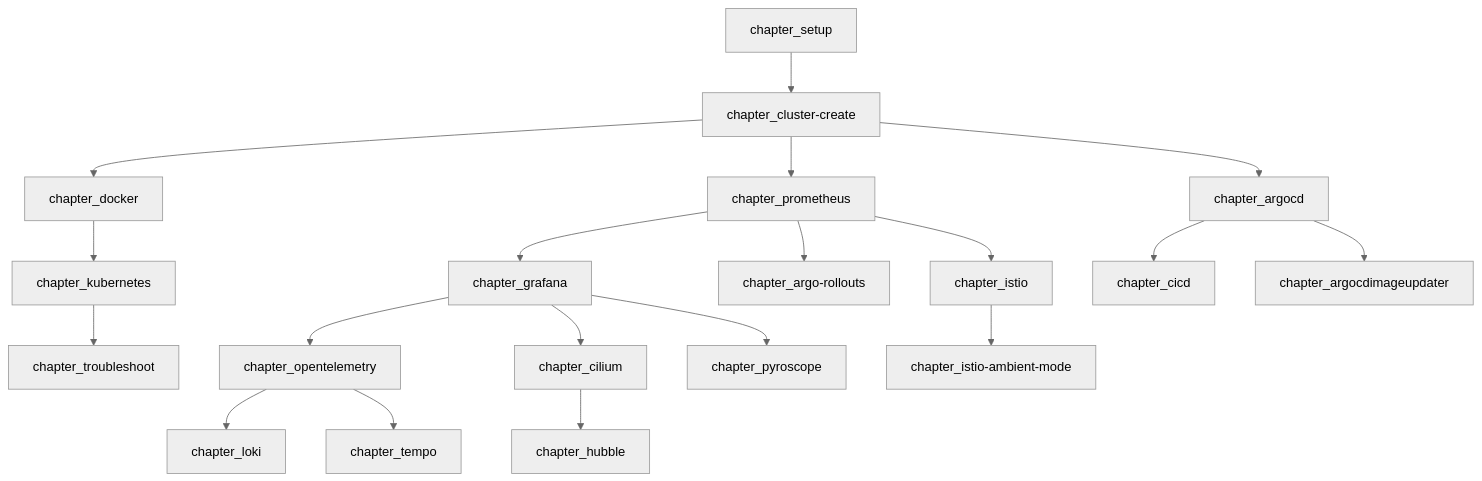
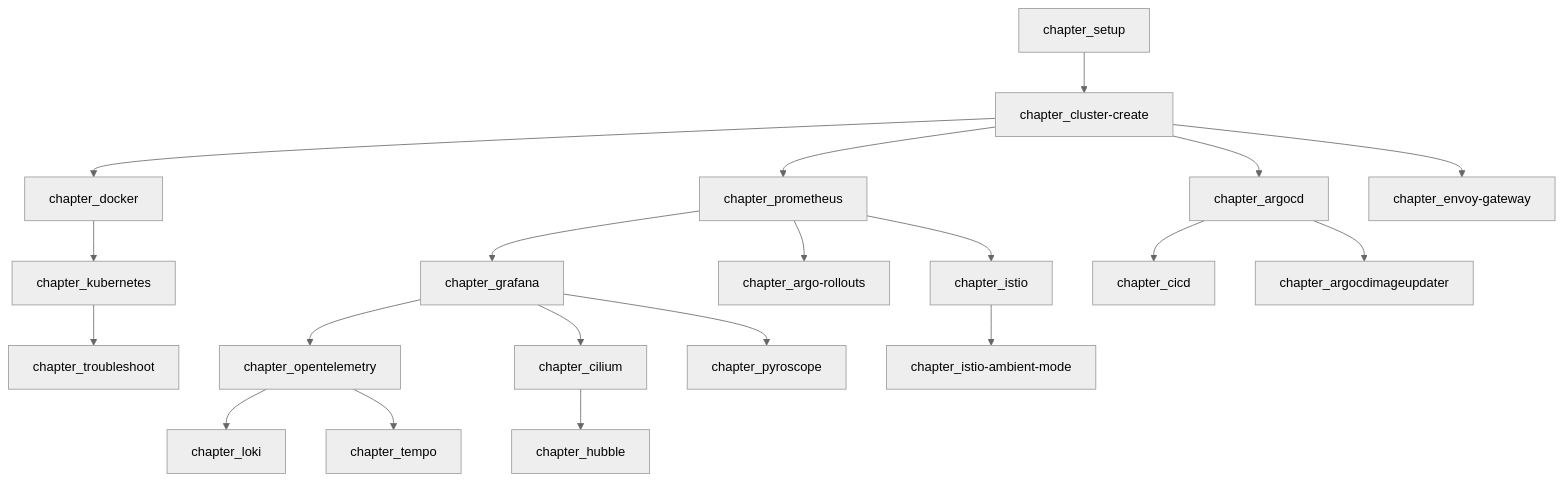
One commit to cloudnativedaysjp/cnd-handson changed the diagram in README.md. Above: the diagram before and after it, drawn with Mermaid (neutral theme). The commit also changed other lines of this file and 12 other files, not shown here.

````diff
--- a/README.md
+++ b/README.md
@@ -32,47 +33,50 @@
 ```mermaid
 flowchart TD
     setup[chapter_setup]
     cluster[chapter_cluster-create]
     docker[chapter_docker]
     k8s[chapter_kubernetes]
     prom[chapter_prometheus]
     grafana[chapter_grafana]
     otel[chapter_opentelemetry]
     argocd[chapter_argocd]
     argocdimageupdater[chapter_argocdimageupdater]
     istio[chapter_istio]
     cilium[chapter_cilium]
     argorollouts[chapter_argo-rollouts]
     istioambient[chapter_istio-ambient-mode]
     hubble[chapter_hubble]
     loki[chapter_loki]
     tempo[chapter_tempo]
     pyroscope[chapter_pyroscope]
     cicd[chapter_cicd]
     troubleshoot[chapter_troubleshoot]
+    envoygateway[chapter_envoy-gateway]
 
     setup-->cluster
     cluster-->docker
     docker-->k8s
     k8s-->troubleshoot
     cluster-->prom
     cluster-->argocd
 
     prom-->grafana
     prom-->argorollouts
     prom-->istio
 
     grafana-->otel
     grafana-->cilium
     grafana-->pyroscope
 
     otel-->loki
     otel-->tempo
 
     cilium-->hubble
 
     istio-->istioambient
 
     argocd-->cicd
     argocd-->argocdimageupdater
+
+    cluster-->envoygateway
 ```
````
